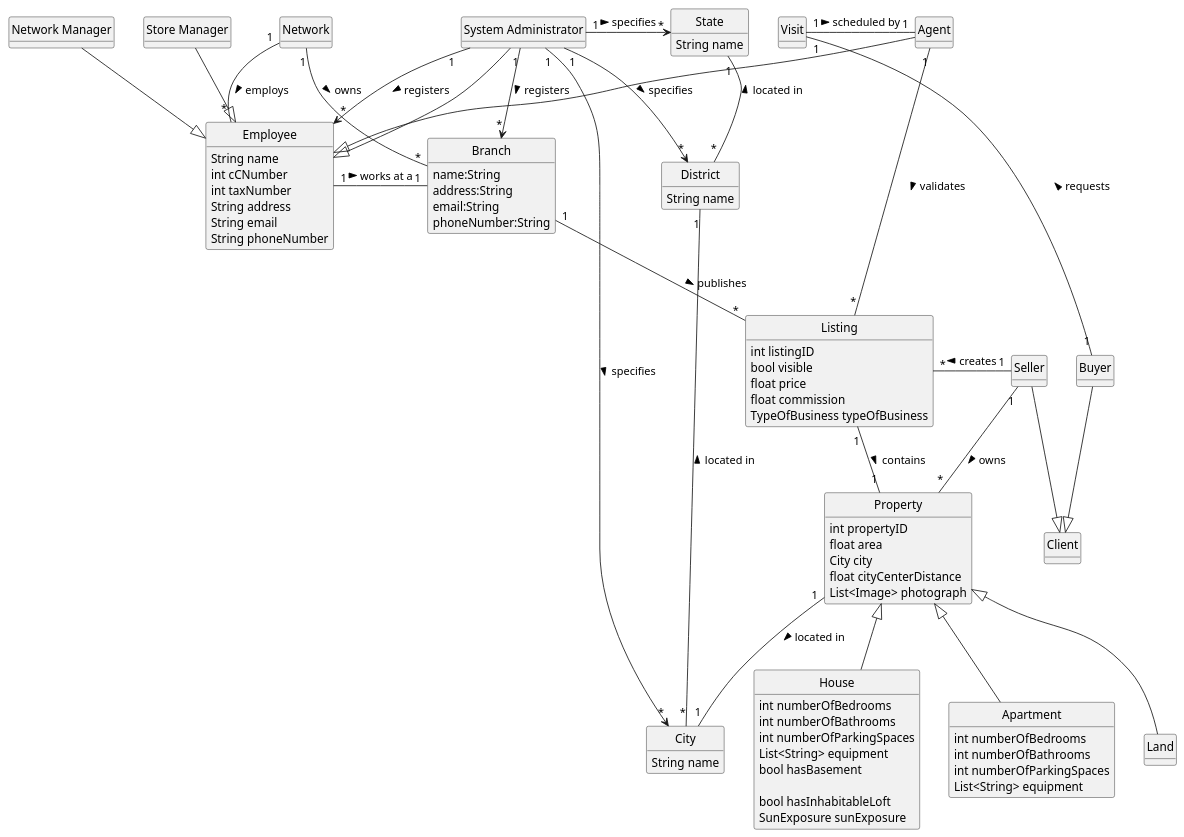
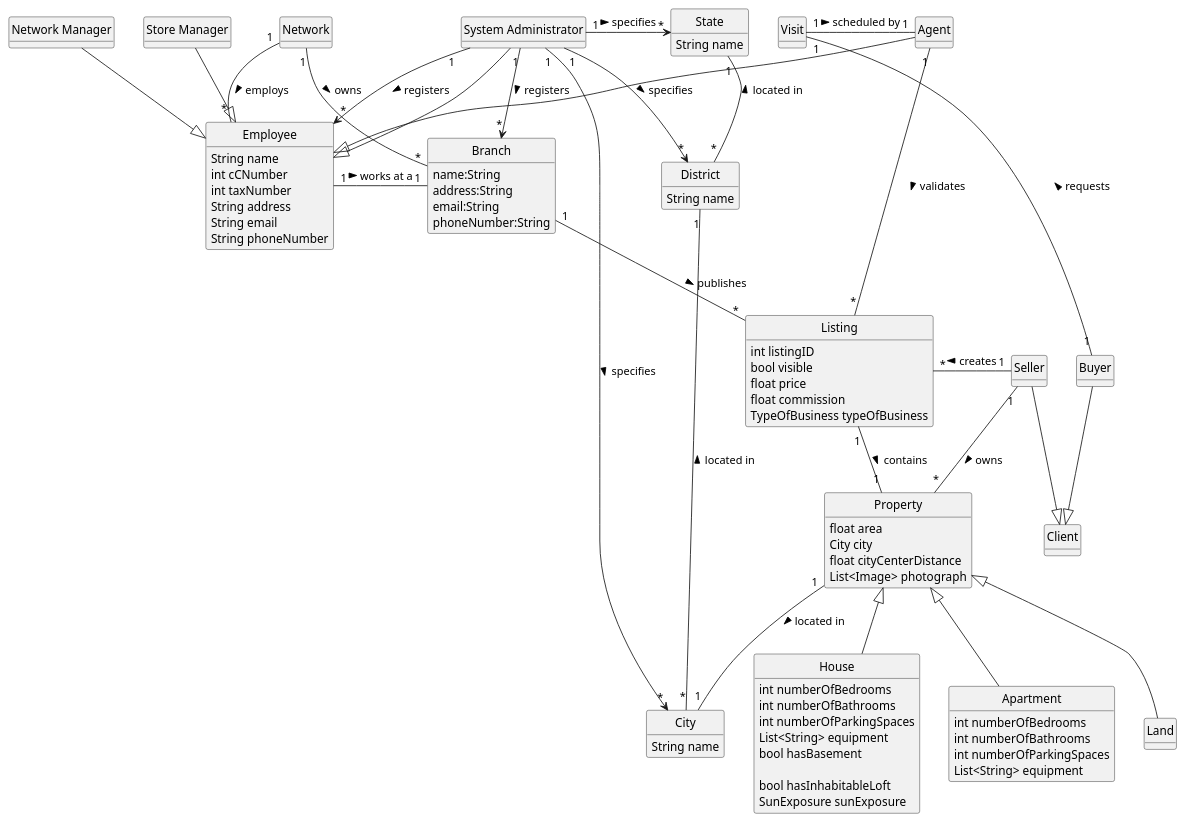
One commit to tiagohcorreia/LAPR2 changed the diagram in docs/sprintB/global-artifacts/02.analysis/puml/dm.puml. Above: the diagram before and after it, drawn with PlantUML. The commit also changed 1 other file, not shown here.

```diff
--- a/docs/sprintB/global-artifacts/02.analysis/puml/dm.puml
+++ b/docs/sprintB/global-artifacts/02.analysis/puml/dm.puml
@@ -1,150 +1,149 @@
 @startuml
 'https://plantuml.com/class-diagram
 
 skinparam monochrome true
 skinparam packageStyle rectangle
 skinparam shadowing false
 
 'skinparam linetype ortho
 'left to right direction
 skinparam classAttributeIconSize 0
 skinparam groupInheritance 1
 hide circle
 hide methods
 
 
 Network "1" -- "*" Branch: owns >
 Branch "1" -- "*" Listing: publishes >
 Listing "1" -- "1" Property: contains >
 
 Network "1" -- "*" Employee: employs >
 
 
 Property <|-- House
 Property <|-- Apartment
 Property <|-- Land
 
 
 "System Administrator" --|> Employee
 "Network Manager" --|> Employee
 "Store Manager" --|> Employee
 Agent --|> Employee
 
 Employee "1" - "1" Branch: works at a >
 
 "System Administrator" "1" --> "*" Employee: registers >
 "System Administrator" "1" -> "*" Branch: registers >
 
 
 "System Administrator" "1" -> "*" State: specifies >
 "System Administrator" "1" -> "*" District: specifies >
 "System Administrator" "1" -> "*" City: specifies >
 
 
 together {
 Buyer --|> Client
 Seller --|> Client
 }
 
 Seller "1" - "*" Property: owns >
 Seller "1" - "*" Listing: creates >
 Agent "1" - "*" Listing: validates >
 Visit "1" - "1" Buyer: requests <
 Visit "1" - "1" Agent: scheduled by >
 
 together {
 Property "1" -- "1" City: located in >
 District "1" -- "*" City: located in <
 State "1" -- "*" District: located in <
 }
 
 
 class Network{
 
 }
 
 class Branch{
 name:String
 address:String
 email:String
 phoneNumber:String
 }
 
 class Employee{
 String name
 int cCNumber
 int taxNumber
 String address
 String email
 String phoneNumber
 }
 
 together {
 class "System Administrator"
 
 class "Network Manager"
 
 class "Store Manager"
 
 class Agent
 }
 
 class Client
 class Buyer
 class Seller
 
 class Visit{
 
 }
 
 class Listing{
 int listingID
 bool visible
 float price
 float commission
 TypeOfBusiness typeOfBusiness
 }
 
 
 class Property{
-int propertyID
 float area
 City city
 float cityCenterDistance
 List<Image> photograph
 }
 
 class House{
 int numberOfBedrooms
 int numberOfBathrooms
 int numberOfParkingSpaces
 List<String> equipment
 bool hasBasement
 
 bool hasInhabitableLoft
 SunExposure sunExposure
 }
 
 class Apartment{
 int numberOfBedrooms
 int numberOfBathrooms
 int numberOfParkingSpaces
 List<String> equipment
 }
 
 class Land{
 }
 
 class State{
 String name
 }
 class District{
 String name
 }
 class City{
 String name
 }
 
 
 
 @enduml
```
